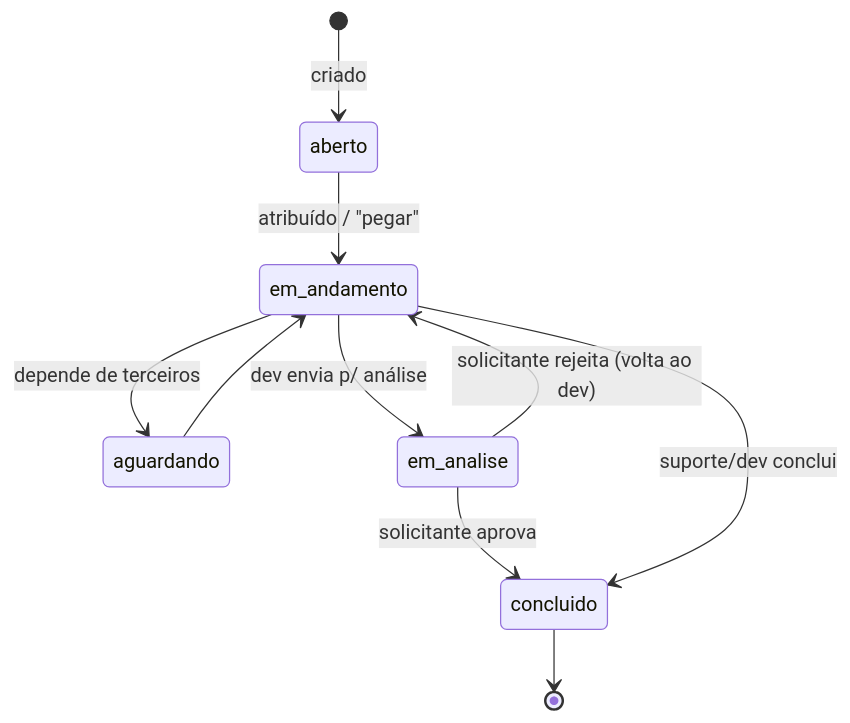
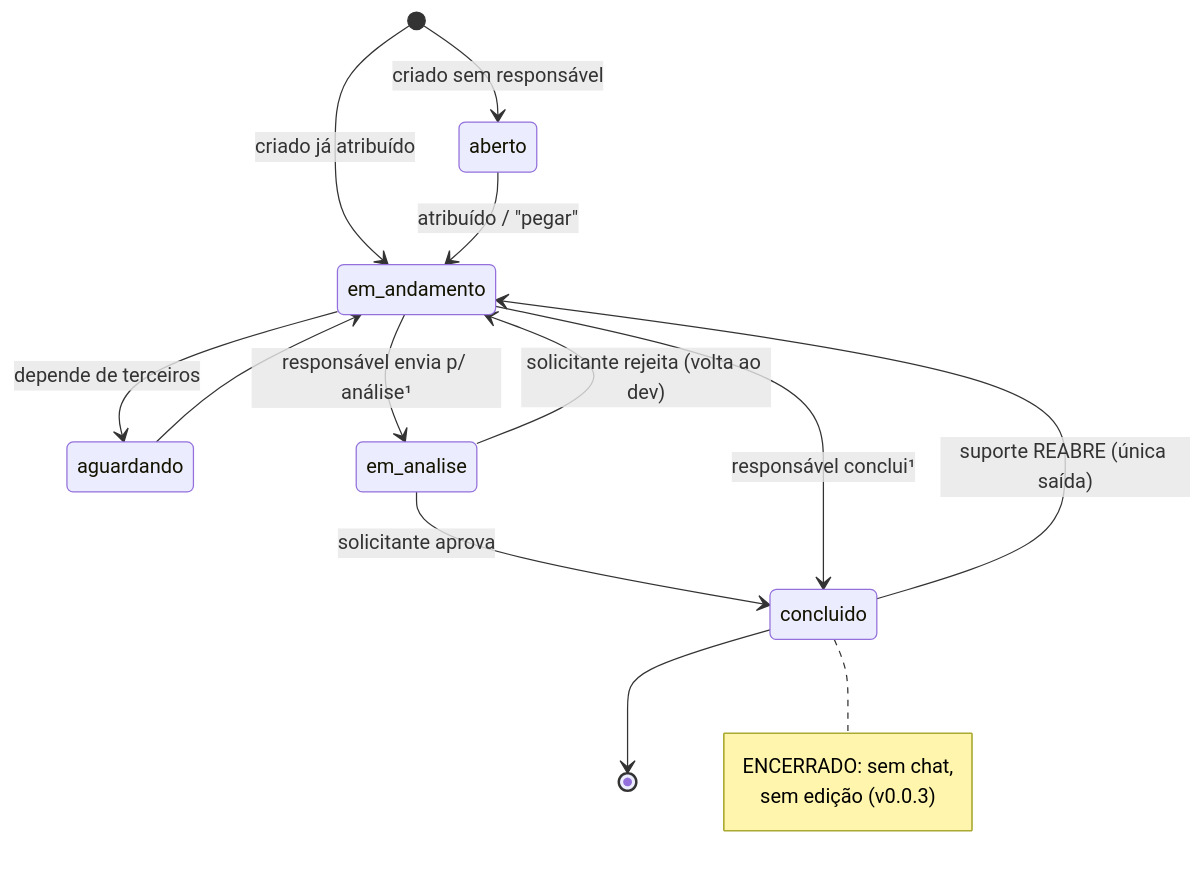
One commit to GuiPolezi/sys.req changed the second of 3 diagrams in docs/DESIGN.md. Above: the diagram before and after it, drawn with Mermaid. The commit also changed other lines of this file, not shown here.

````diff
--- a/docs/DESIGN.md
+++ b/docs/DESIGN.md
@@ -214,12 +343,19 @@
 ```mermaid
 stateDiagram-v2
-  [*] --> aberto : criado
+  [*] --> aberto : criado sem responsável
+  [*] --> em_andamento : criado já atribuído
   aberto --> em_andamento : atribuído / "pegar"
   em_andamento --> aguardando : depende de terceiros
   aguardando --> em_andamento
-  em_andamento --> em_analise : dev envia p/ análise
+  em_andamento --> em_analise : responsável envia p/ análise¹
   em_analise --> concluido : solicitante aprova
   em_analise --> em_andamento : solicitante rejeita (volta ao dev)
-  em_andamento --> concluido : suporte/dev conclui
+  em_andamento --> concluido : responsável conclui¹
+  concluido --> em_andamento : suporte REABRE (única saída)
   concluido --> [*]
+
+  note right of concluido
+    ENCERRADO: sem chat,
+    sem edição (v0.0.3)
+  end note
 ```
````
